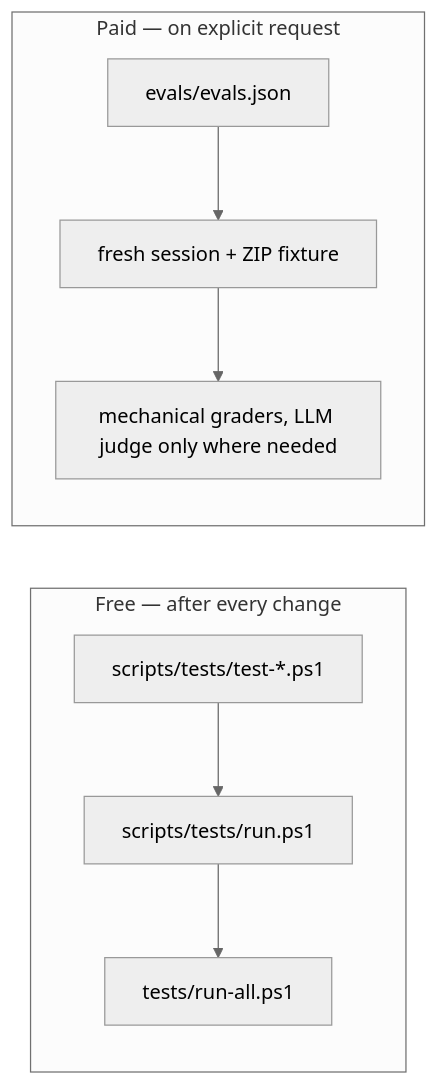
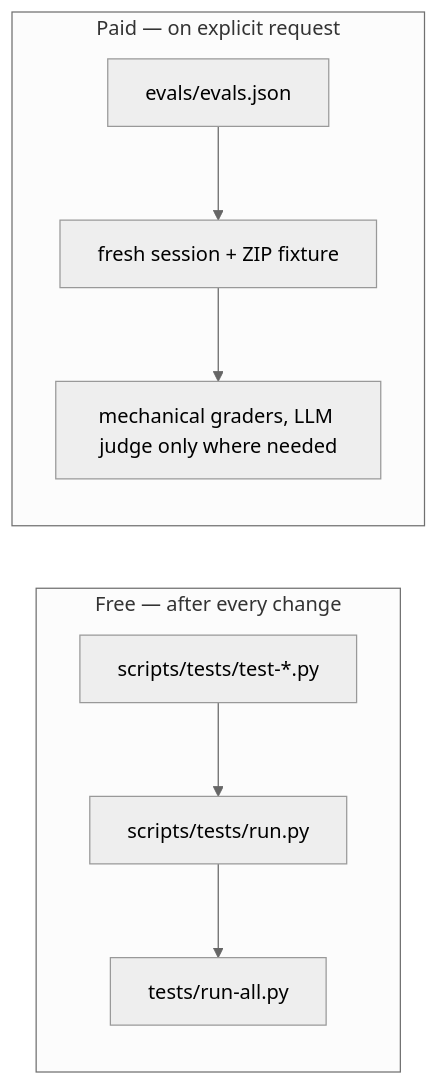
Before and after one commit to an-dr/agents: the diagram in skills/conventions/an-dr-convention-agent-skill-testing/README.md, drawn with Mermaid (neutral theme). The commit also changed other lines of this file and 426 other files, not shown here.

````diff
--- a/skills/conventions/an-dr-convention-agent-skill-testing/README.md
+++ b/skills/conventions/an-dr-convention-agent-skill-testing/README.md
@@ -11,11 +11,11 @@
 ```mermaid
 flowchart LR
   subgraph Free["Free — after every change"]
-    T[scripts/tests/test-*.ps1] --> R[scripts/tests/run.ps1]
-    R --> A[tests/run-all.ps1]
+    T[scripts/tests/test-*.py] --> R[scripts/tests/run.py]
+    R --> A[tests/run-all.py]
   end
   subgraph Paid["Paid — on explicit request"]
     E[evals/evals.json] --> F[fresh session + ZIP fixture]
     F --> G[mechanical graders, LLM judge only where needed]
   end
 ```
````
